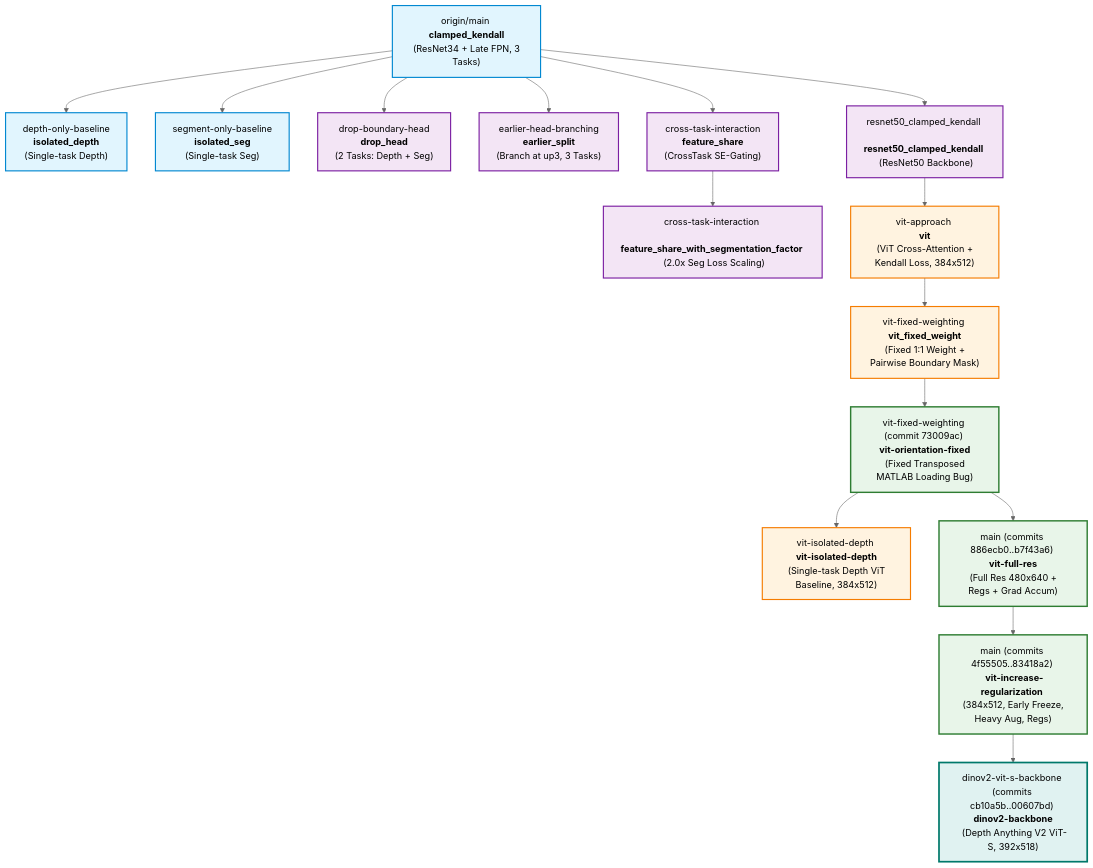
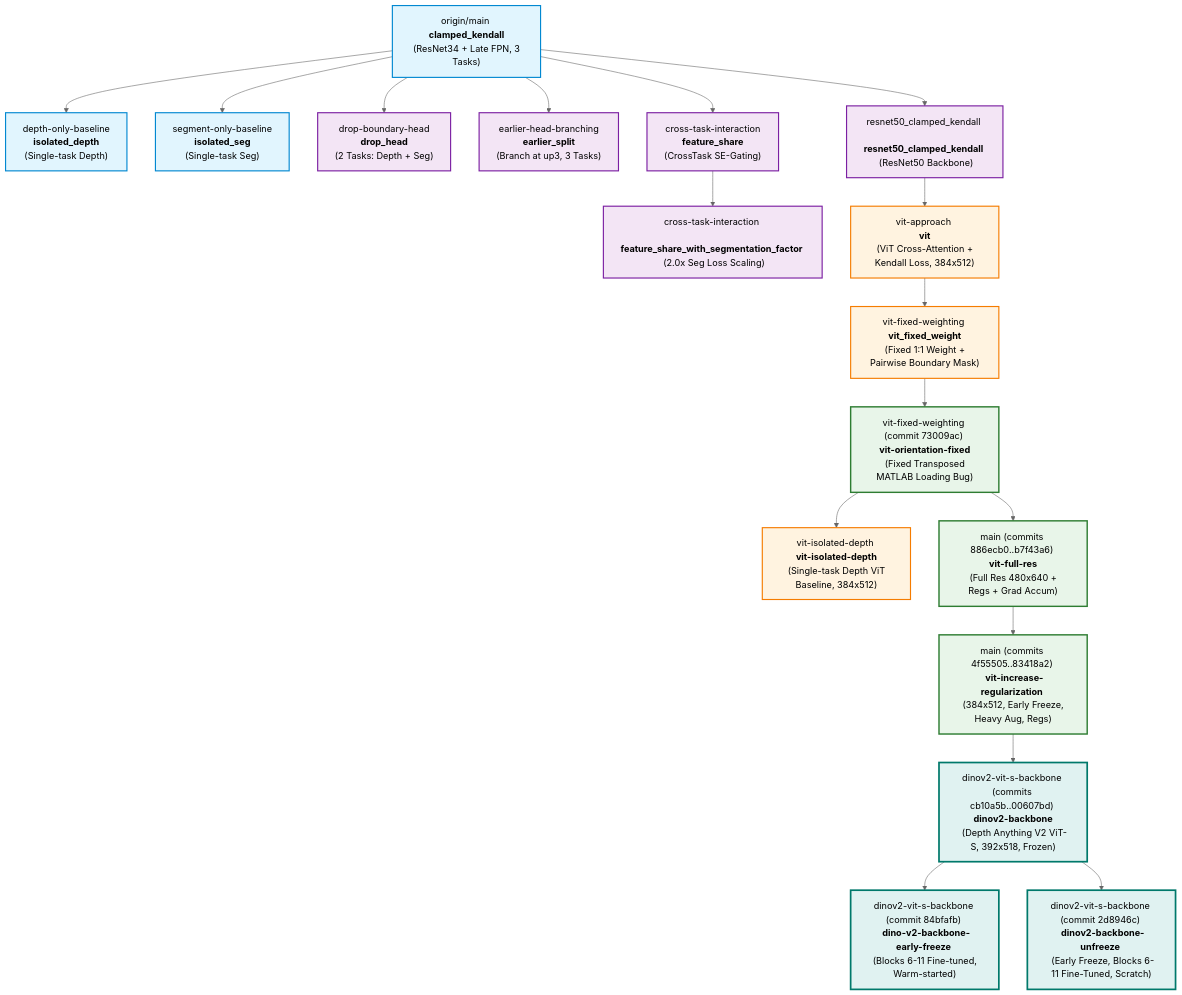
The diagram in ALL_RUN_SUMMARY.md (TotallyNotMinh/TwinForge), drawn with Mermaid (neutral theme) before and after one commit. The commit also changed other lines of this file and 11 other files, not shown here.

````diff
--- a/ALL_RUN_SUMMARY.md
+++ b/ALL_RUN_SUMMARY.md
@@ -34,32 +36,34 @@
 ```mermaid
 graph TD
     Main["origin/main <br/> <b>clamped_kendall</b> <br/> (ResNet34 + Late FPN, 3 Tasks)"]
     
     Main --> IsoDepth["depth-only-baseline <br/> <b>isolated_depth</b> <br/> (Single-task Depth)"]
     Main --> IsoSeg["segment-only-baseline <br/> <b>isolated_seg</b> <br/> (Single-task Seg)"]
     Main --> DropBound["drop-boundary-head <br/> <b>drop_head</b> <br/> (2 Tasks: Depth + Seg)"]
     Main --> EarlySplit["earlier-head-branching <br/> <b>earlier_split</b> <br/> (Branch at up3, 3 Tasks)"]
     Main --> CrossTask["cross-task-interaction <br/> <b>feature_share</b> <br/> (CrossTask SE-Gating)"]
     CrossTask --> CrossTaskScale["cross-task-interaction <br/> <b>feature_share_with_segmentation_factor</b> <br/> (2.0x Seg Loss Scaling)"]
     Main --> ResNet50["resnet50_clamped_kendall <br/> <b>resnet50_clamped_kendall</b> <br/> (ResNet50 Backbone)"]
     
     ResNet50 --> ViTApp["vit-approach <br/> <b>vit</b> <br/> (ViT Cross-Attention + Kendall Loss, 384x512)"]
     ViTApp --> ViTFix["vit-fixed-weighting <br/> <b>vit_fixed_weight</b> <br/> (Fixed 1:1 Weight + Pairwise Boundary Mask)"]
     ViTFix --> ViTOri["vit-fixed-weighting (commit 73009ac) <br/> <b>vit-orientation-fixed</b> <br/> (Fixed Transposed MATLAB Loading Bug)"]
     ViTOri --> ViTIso["vit-isolated-depth <br/> <b>vit-isolated-depth</b> <br/> (Single-task Depth ViT Baseline, 384x512)"]
     ViTOri --> ViTFull["main (commits 886ecb0..b7f43a6) <br/> <b>vit-full-res</b> <br/> (Full Res 480x640 + Regs + Grad Accum)"]
     ViTFull --> ViTReg["main (commits 4f55505..83418a2) <br/> <b>vit-increase-regularization</b> <br/> (384x512, Early Freeze, Heavy Aug, Regs)"]
-    ViTReg --> DinoV2["dinov2-vit-s-backbone (commits cb10a5b..00607bd) <br/> <b>dinov2-backbone</b> <br/> (Depth Anything V2 ViT-S, 392x518)"]
+    ViTReg --> DinoV2["dinov2-vit-s-backbone (commits cb10a5b..00607bd) <br/> <b>dinov2-backbone</b> <br/> (Depth Anything V2 ViT-S, 392x518, Frozen)"]
+    DinoV2 --> DinoEarly["dinov2-vit-s-backbone (commit 84bfafb) <br/> <b>dino-v2-backbone-early-freeze</b> <br/> (Blocks 6-11 Fine-tuned, Warm-started)"]
+    DinoV2 --> DinoUnfreeze["dinov2-vit-s-backbone (commit 2d8946c) <br/> <b>dinov2-backbone-unfreeze</b> <br/> (Early Freeze, Blocks 6-11 Fine-Tuned, Scratch)"]
 
     classDef baseline fill:#e1f5fe,stroke:#0288d1,stroke-width:2px;
     classDef vit fill:#fff3e0,stroke:#f57c00,stroke-width:2px;
     classDef vitbest fill:#e8f5e9,stroke:#2e7d32,stroke-width:2.5px;
     classDef dinobest fill:#e0f2f1,stroke:#00796b,stroke-width:3px;
     classDef abl fill:#f3e5f5,stroke:#7b1fa2,stroke-width:2px;
     
     class Main,IsoDepth,IsoSeg baseline;
     class DropBound,EarlySplit,CrossTask,CrossTaskScale,ResNet50 abl;
     class ViTApp,ViTFix,ViTIso vit;
     class ViTOri,ViTFull,ViTReg vitbest;
-    class DinoV2 dinobest;
+    class DinoV2,DinoEarly,DinoUnfreeze dinobest;
 ```
````
